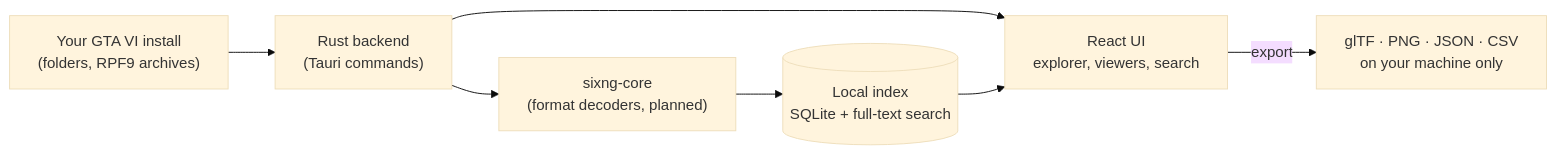
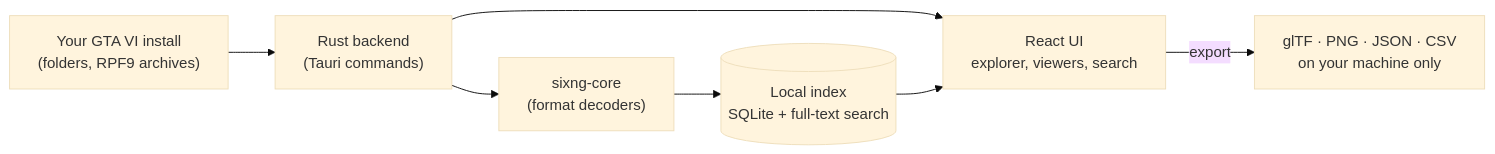
The diagram in README.md (TheoBIET/OpenVI), drawn with Mermaid (base theme) before and after one commit. The commit also changed other lines of this file and 2 other files, not shown here.

Commit message:
📝 record the adapter and windows setup in the docs

````diff
--- a/README.md
+++ b/README.md
@@ -46,9 +46,9 @@
 ```mermaid
 flowchart LR
   install["Your GTA VI install<br/>(folders, RPF9 archives)"] --> backend["Rust backend<br/>(Tauri commands)"]
-  backend --> decoders["sixng-core<br/>(format decoders, planned)"]
+  backend --> decoders["sixng-core<br/>(format decoders)"]
   decoders --> index[("Local index<br/>SQLite + full-text search")]
   backend --> ui["React UI<br/>explorer, viewers, search"]
   index --> ui
   ui -->|export| out["glTF · PNG · JSON · CSV<br/>on your machine only"]
 ```
````
